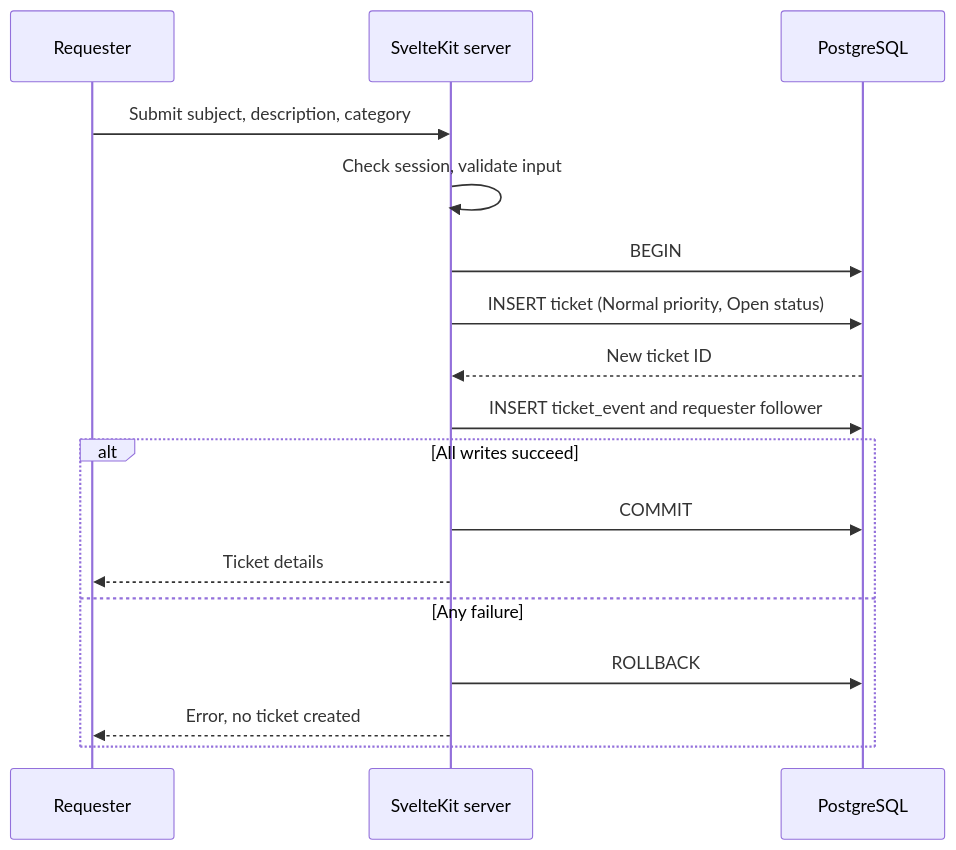
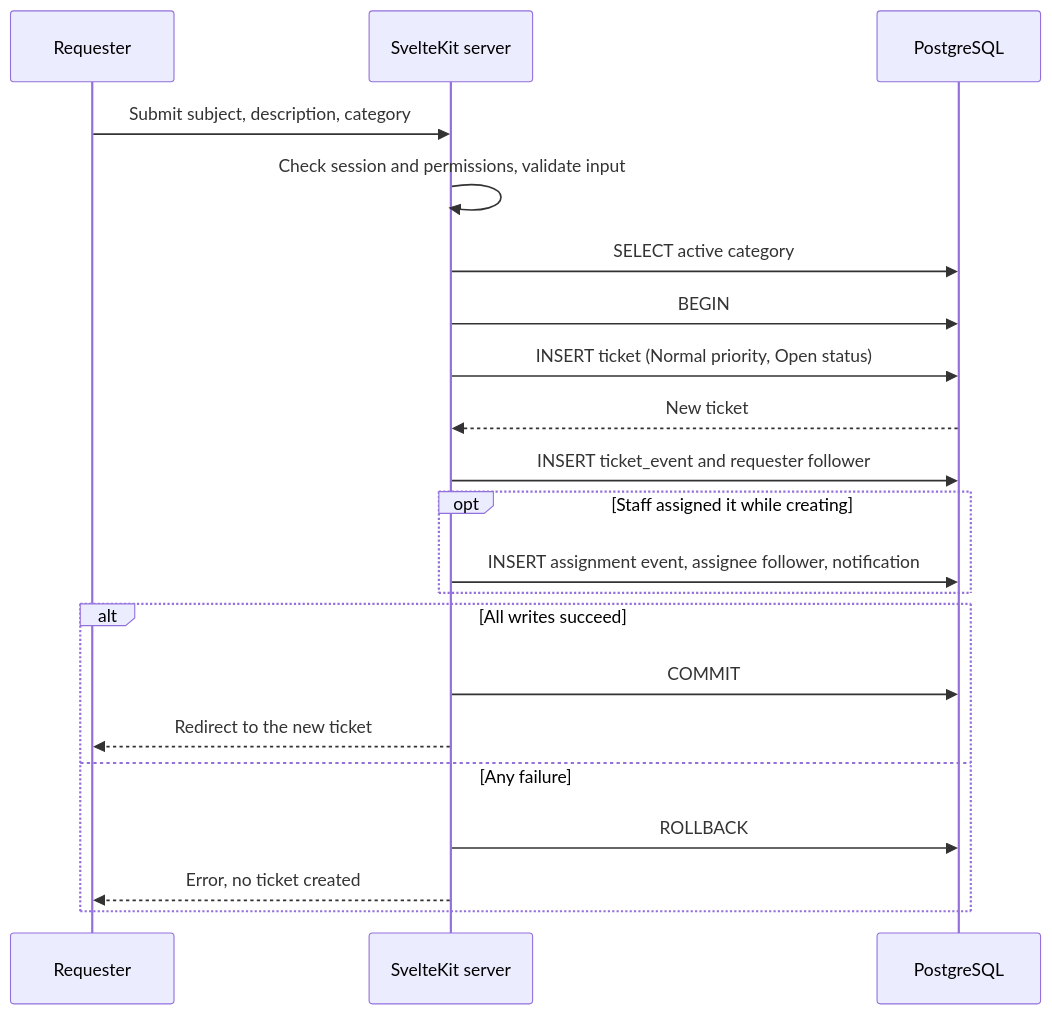
Before and after one commit to Mystery2099/capstone-ticket-system: the diagram in docs/diagrams/create-ticket-sequence.mmd, drawn with Mermaid. The commit also changed 4 other files, not shown here.

First line of the commit message:
docs(diagrams): align diagrams with current auth and ticket flows

```diff
--- a/docs/diagrams/create-ticket-sequence.mmd
+++ b/docs/diagrams/create-ticket-sequence.mmd
@@ -1,17 +1,21 @@
 sequenceDiagram
  participant Requester
  participant Server as SvelteKit server
  participant DB as PostgreSQL
  Requester->>Server: Submit subject, description, category
- Server->>Server: Check session, validate input
+ Server->>Server: Check session and permissions, validate input
+ Server->>DB: SELECT active category
  Server->>DB: BEGIN
  Server->>DB: INSERT ticket (Normal priority, Open status)
- DB-->>Server: New ticket ID
+ DB-->>Server: New ticket
  Server->>DB: INSERT ticket_event and requester follower
+ opt Staff assigned it while creating
+  Server->>DB: INSERT assignment event, assignee follower, notification
+ end
  alt All writes succeed
   Server->>DB: COMMIT
-  Server-->>Requester: Ticket details
+  Server-->>Requester: Redirect to the new ticket
  else Any failure
   Server->>DB: ROLLBACK
   Server-->>Requester: Error, no ticket created
  end
```
